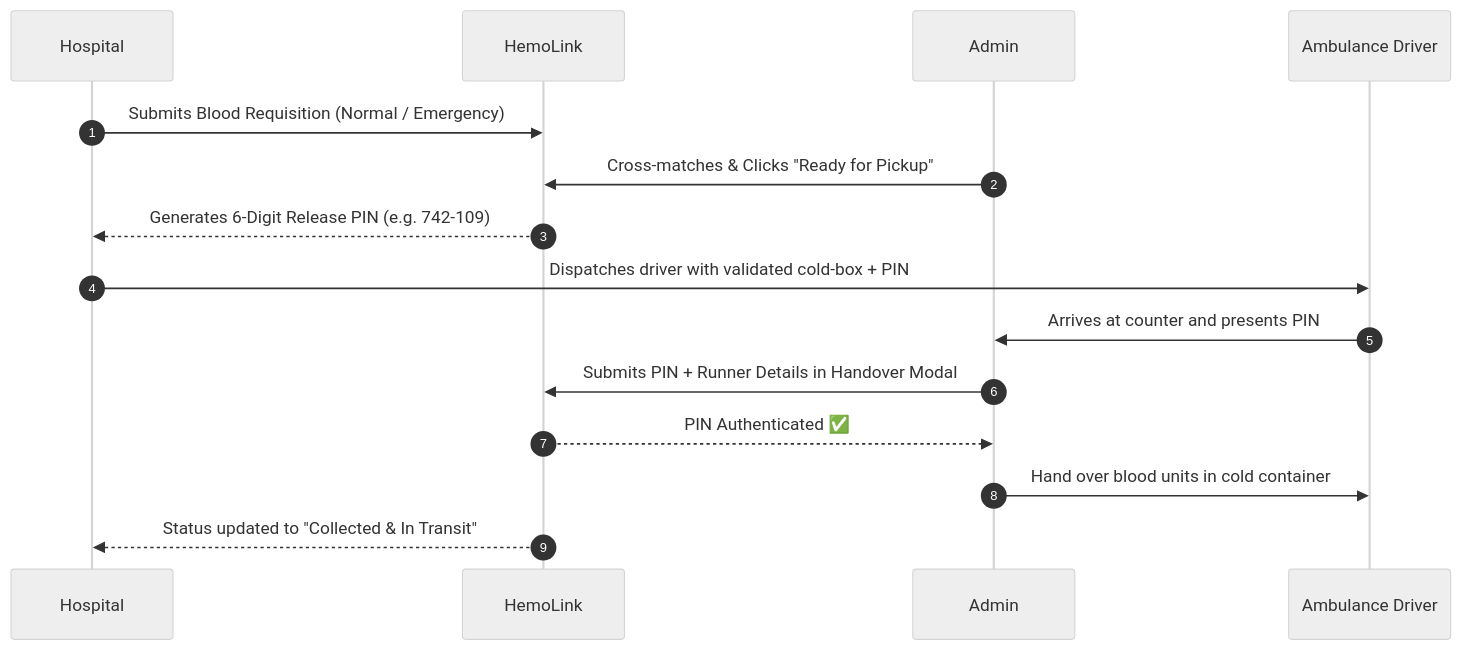
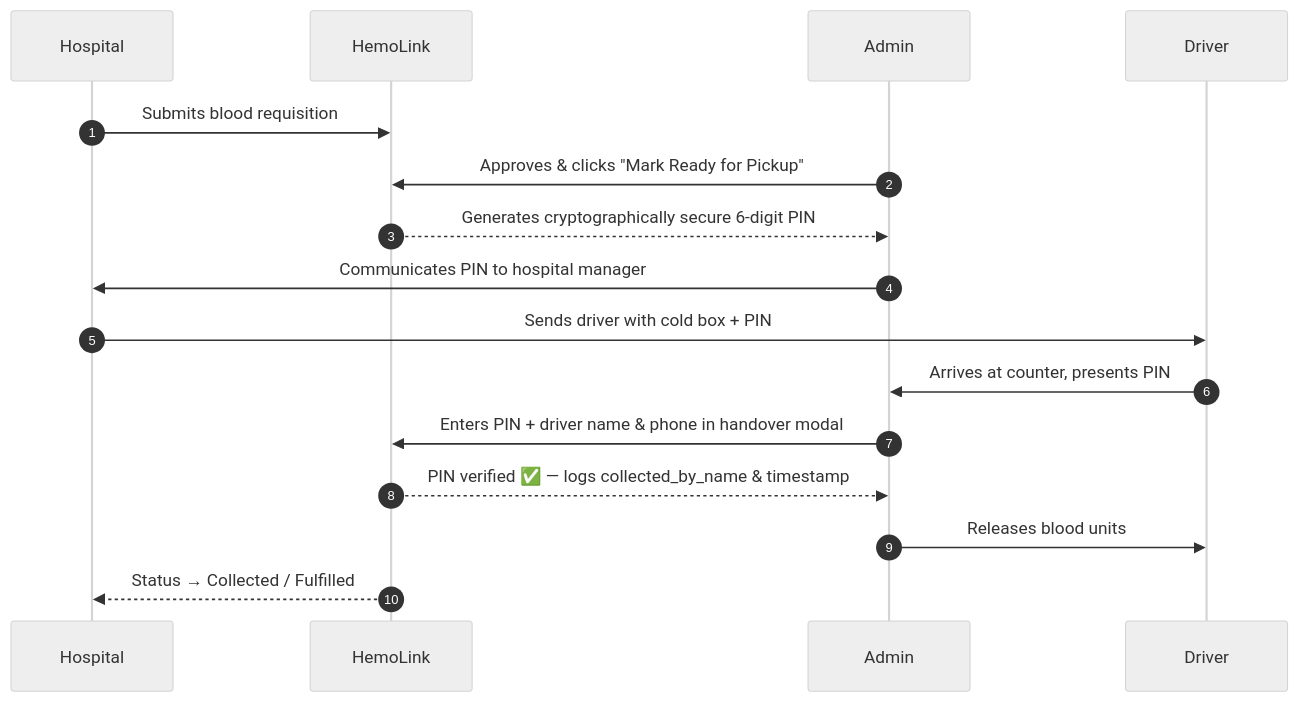
One commit to beatrice-codes-sudo/Blood-Bank-Management-System changed the second of 3 diagrams in README.md. Above: the diagram before and after it, drawn with Mermaid (neutral theme). The commit also changed other lines of this file, not shown here.

Commit message:
docs: update README with project architecture, feature descriptions, and technical specifications

````diff
--- a/README.md
+++ b/README.md
@@ -83,13 +107,14 @@
 ```mermaid
 sequenceDiagram
     autonumber
-    Hospital->>HemoLink: Submits Blood Requisition (Normal / Emergency)
-    Admin->>HemoLink: Cross-matches & Clicks "Ready for Pickup"
-    HemoLink-->>Hospital: Generates 6-Digit Release PIN (e.g. 742-109)
-    Hospital->>Ambulance Driver: Dispatches driver with validated cold-box + PIN
-    Ambulance Driver->>Admin: Arrives at counter and presents PIN
-    Admin->>HemoLink: Submits PIN + Runner Details in Handover Modal
-    HemoLink-->>Admin: PIN Authenticated ✅
-    Admin->>Ambulance Driver: Hand over blood units in cold container
-    HemoLink-->>Hospital: Status updated to "Collected & In Transit"
+    Hospital->>HemoLink: Submits blood requisition
+    Admin->>HemoLink: Approves & clicks "Mark Ready for Pickup"
+    HemoLink-->>Admin: Generates cryptographically secure 6-digit PIN
+    Admin->>Hospital: Communicates PIN to hospital manager
+    Hospital->>Driver: Sends driver with cold box + PIN
+    Driver->>Admin: Arrives at counter, presents PIN
+    Admin->>HemoLink: Enters PIN + driver name & phone in handover modal
+    HemoLink-->>Admin: PIN verified ✅ — logs collected_by_name & timestamp
+    Admin->>Driver: Releases blood units
+    HemoLink-->>Hospital: Status → Collected / Fulfilled
 ```
````
